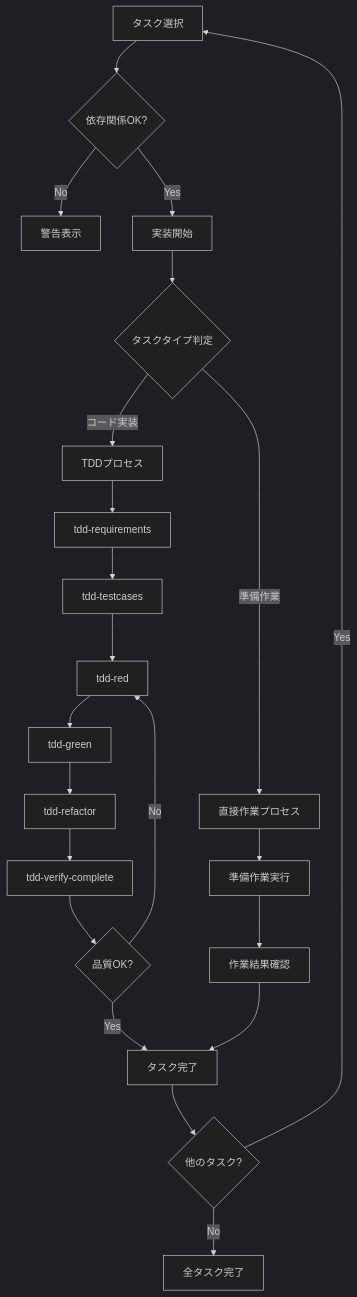
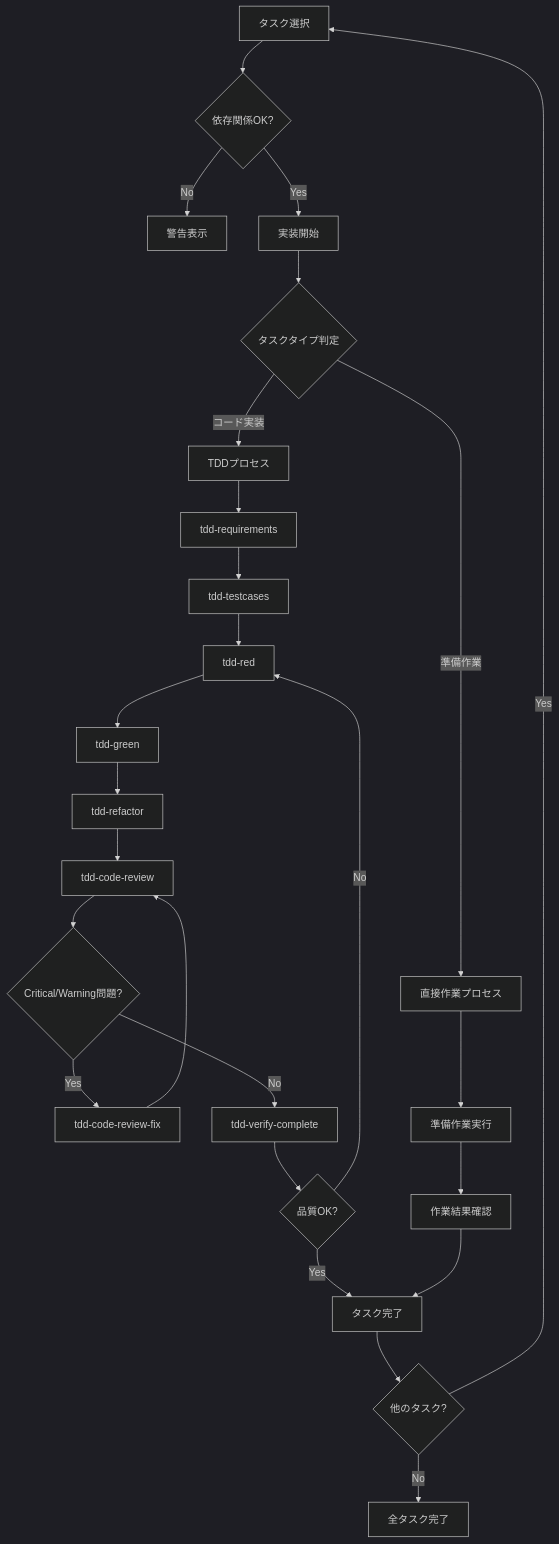
Before and after one commit to yaguma/atelier: the diagram in .claude/commands/kairo-implement.md, drawn with Mermaid (dark theme). The commit also changed other lines of this file and 2 other files, not shown here.

````diff
--- a/.claude/commands/kairo-implement.md
+++ b/.claude/commands/kairo-implement.md
@@ -144,27 +162,31 @@
 ```mermaid
 flowchart TD
     A[タスク選択] --> B{依存関係OK?}
     B -->|No| C[警告表示]
     B -->|Yes| D[実装開始]
     D --> E{タスクタイプ判定}
     E -->|コード実装| F[TDDプロセス]
     E -->|準備作業| G[直接作業プロセス]
 
     F --> F1[tdd-requirements]
     F1 --> F2[tdd-testcases]
     F2 --> F3[tdd-red]
     F3 --> F4[tdd-green]
     F4 --> F5[tdd-refactor]
-    F5 --> F6[tdd-verify-complete]
-    F6 --> F7{品質OK?}
-    F7 -->|No| F3
-    F7 -->|Yes| H[タスク完了]
+    F5 --> F6[tdd-code-review]
+    F6 --> F7{Critical/Warning問題?}
+    F7 -->|Yes| F8[tdd-code-review-fix]
+    F8 --> F6
+    F7 -->|No| F9[tdd-verify-complete]
+    F9 --> F10{品質OK?}
+    F10 -->|No| F3
+    F10 -->|Yes| H[タスク完了]
 
     G --> G1[準備作業実行]
     G1 --> G2[作業結果確認]
     G2 --> H
 
     H --> I{他のタスク?}
     I -->|Yes| A
     I -->|No| J[全タスク完了]
 ```
````
